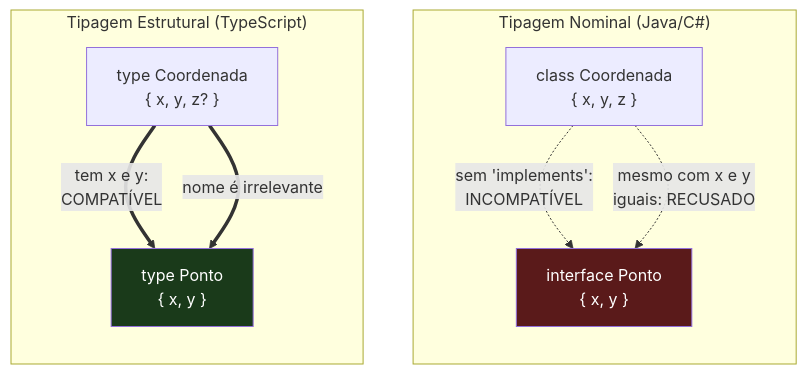
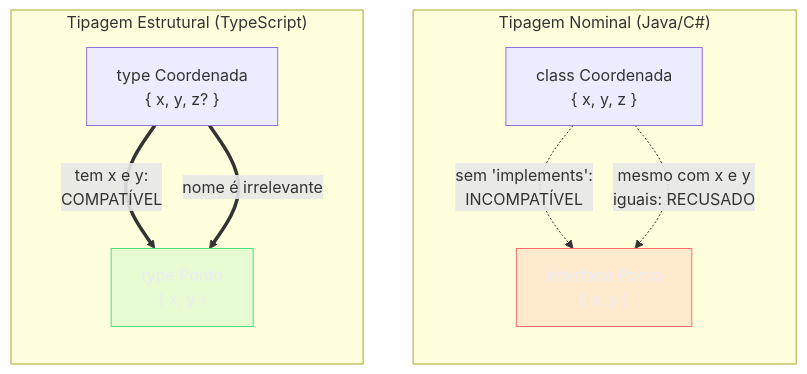
One commit to josenaldo/codex-technomanticus changed the second of 3 diagrams in 03-Dominios/Tecnologia/TypeScript/01 - O que é TypeScript - gradual, estrutural, apagado.md. Above: the diagram before and after it, drawn with Mermaid. The commit also changed other lines of this file and 1181 other files, not shown here.

First line of the commit message:
fix(diagramas): paleta do sistema no lugar de cor cravada no markdown

````diff
--- a/03-Dominios/Tecnologia/TypeScript/01 - O que é TypeScript - gradual, estrutural, apagado.md
+++ b/03-Dominios/Tecnologia/TypeScript/01 - O que é TypeScript - gradual, estrutural, apagado.md
@@ -143,20 +146,22 @@
 ```mermaid
 flowchart TB
+    classDef falha fill:#FF6B6B24,stroke:#FF6B6B,color:#E9ECF2
+    classDef ok fill:#4ADE8021,stroke:#4ADE80,color:#E9ECF2
     subgraph NOM["Tipagem Nominal (Java/C#)"]
         direction TB
         N1["class Coordenada\n{ x, y, z }"]
         N2["interface Ponto\n{ x, y }"]
         N1 -.->|"sem 'implements':\nINCOMPATÍVEL"| N2
         N1 -.->|"mesmo com x e y\niguais: RECUSADO"| N2
-        style N2 fill:#5a1a1a,color:#fff
+        class N2 falha
     end
 
     subgraph EST["Tipagem Estrutural (TypeScript)"]
         direction TB
         S1["type Coordenada\n{ x, y, z? }"]
         S2["type Ponto\n{ x, y }"]
         S1 ==>|"tem x e y:\nCOMPATÍVEL"| S2
         S1 ==>|"nome é irrelevante"| S2
-        style S2 fill:#1a3a1a,color:#fff
+        class S2 ok
     end
 ```
````
